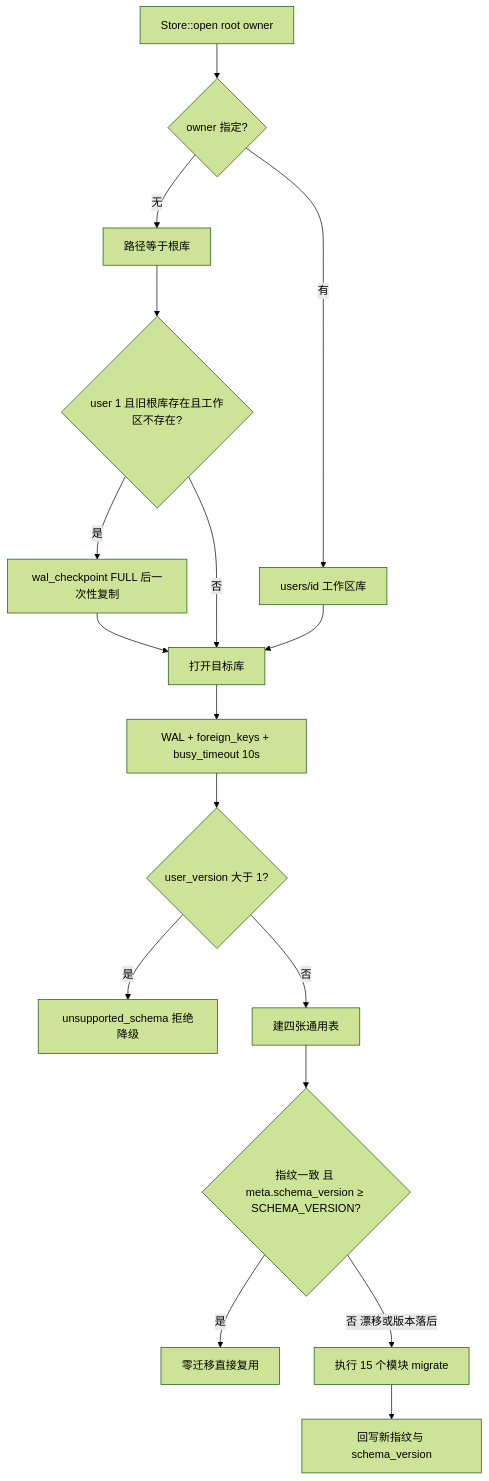
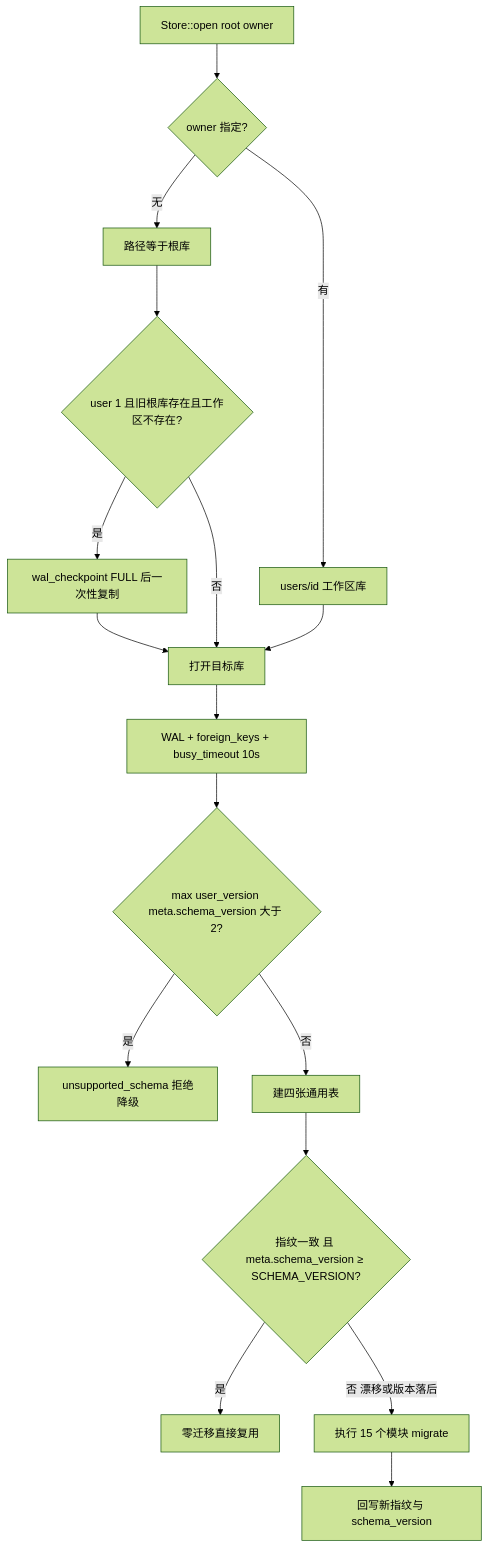
The third of 23 diagrams in docs/architecture/02-operation-principles.md (hershate/Deep-tutor), drawn with Mermaid (forest theme) before and after one commit. The commit also changed other lines of this file and 6 other files, not shown here.

````diff
--- a/docs/architecture/02-operation-principles.md
+++ b/docs/architecture/02-operation-principles.md
@@ -67,19 +67,19 @@
 ```mermaid
 flowchart TD
     A[Store::open root owner] --> B{owner 指定?}
     B -->|无| C[路径等于根库]
     B -->|有| D[users/id 工作区库]
     C --> E{user 1 且旧根库存在且工作区不存在?}
     E -->|是| F[wal_checkpoint FULL 后一次性复制]
     E -->|否| G[打开目标库]
     D --> G
     F --> G
     G --> H[WAL + foreign_keys + busy_timeout 10s]
-    H --> I{user_version 大于 1?}
+    H --> I{max user_version meta.schema_version 大于 2?}
     I -->|是| J[unsupported_schema 拒绝降级]
     I -->|否| K[建四张通用表]
     K --> L{指纹一致 且 meta.schema_version ≥ SCHEMA_VERSION?}
     L -->|是| M[零迁移直接复用]
     L -->|否 漂移或版本落后| N[执行 15 个模块 migrate]
     N --> O[回写新指纹与 schema_version]
 ```
````
